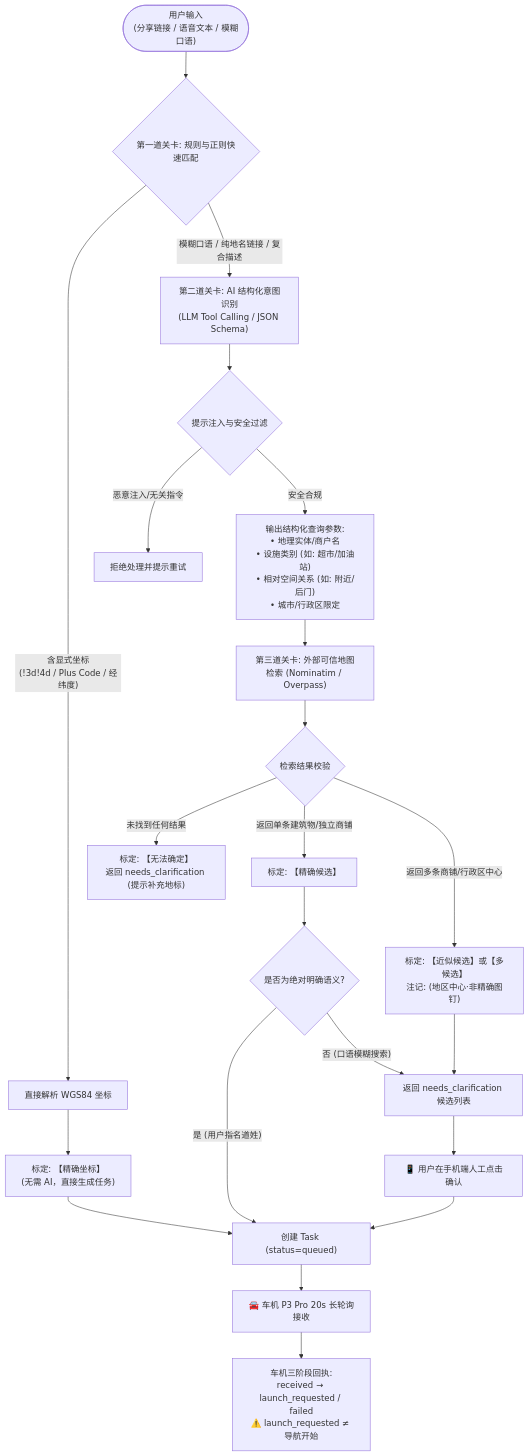
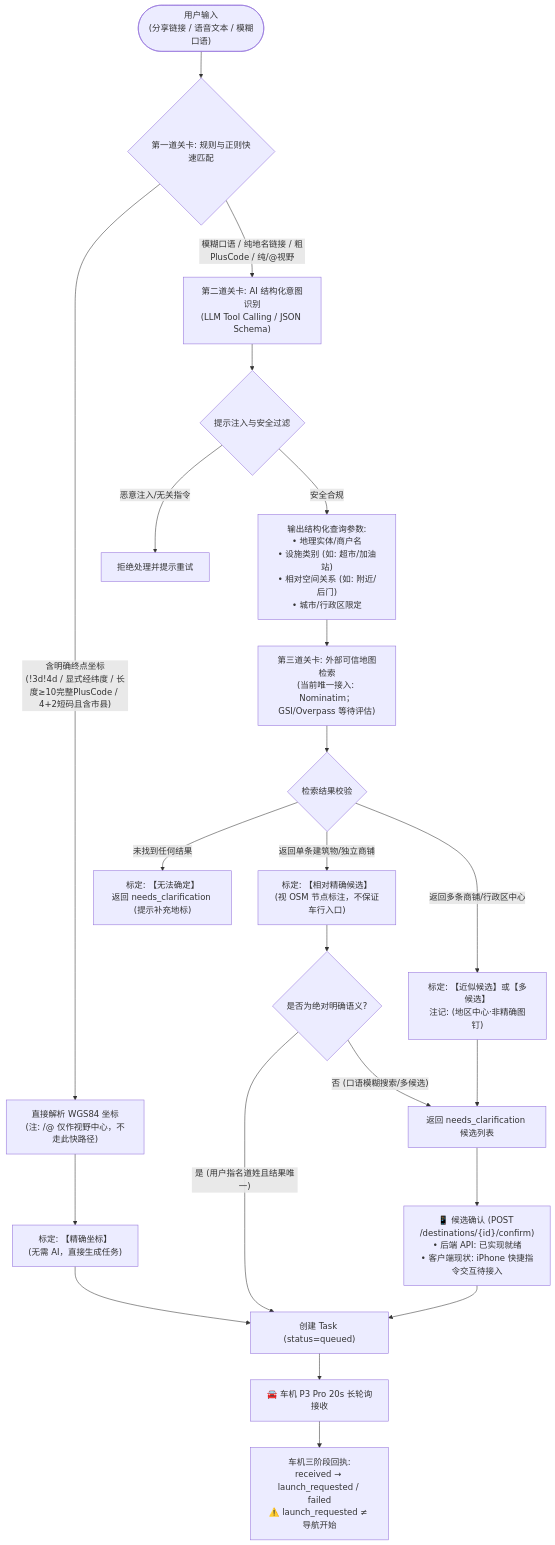
Before and after one commit to JamesXiaoMo/MyYaris-Backend: the diagram in docs/AI坐标解析可行性.md, drawn with Mermaid. The commit also changed other lines of this file and 1 other file, not shown here.

Commit message:
docs: revise evidence, precision disclaimers, Plus Code conditions and unbenchmarked metrics

````diff
--- a/docs/AI坐标解析可行性.md
+++ b/docs/AI坐标解析可行性.md
@@ -79,37 +84,37 @@
 ```mermaid
 flowchart TD
     UserInput(["用户输入<br/>(分享链接 / 语音文本 / 模糊口语)"]) --> RuleEngine{"第一道关卡: 规则与正则快速匹配"}
 
     %% 规则快路径
-    RuleEngine -->|"含显式坐标<br/>(!3d!4d / Plus Code / 经纬度)"| ExactRule["直接解析 WGS84 坐标"]
+    RuleEngine -->|"含明确终点坐标<br/>(!3d!4d / 显式经纬度 / 长度≥10完整PlusCode / 4+2短码且含市县)"| ExactRule["直接解析 WGS84 坐标<br/>(注: /@ 仅作视野中心，不走此快路径)"]
     ExactRule --> MarkExactDirect["标定: 【精确坐标】<br/>(无需 AI，直接生成任务)"]
     MarkExactDirect --> CreateTask["创建 Task (status=queued)"]
 
     %% 进入 AI 意图理解
-    RuleEngine -->|"模糊口语 / 纯地名链接 / 复合描述"| AIEngine["第二道关卡: AI 结构化意图识别<br/>(LLM Tool Calling / JSON Schema)"]
+    RuleEngine -->|"模糊口语 / 纯地名链接 / 粗PlusCode / 纯/@视野"| AIEngine["第二道关卡: AI 结构化意图识别<br/>(LLM Tool Calling / JSON Schema)"]
     
     AIEngine --> SafeCheck{"提示注入与安全过滤"}
     SafeCheck -->|"恶意注入/无关指令"| RejectInput["拒绝处理并提示重试"]
     SafeCheck -->|"安全合规"| ExtractParams["输出结构化查询参数:<br/>• 地理实体/商户名<br/>• 设施类别 (如: 超市/加油站)<br/>• 相对空间关系 (如: 附近/后门)<br/>• 城市/行政区限定"]
 
     %% 外部地图检索
-    ExtractParams --> MapQuery["第三道关卡: 外部可信地图检索 (Nominatim / Overpass)"]
+    ExtractParams --> MapQuery["第三道关卡: 外部可信地图检索<br/>(当前唯一接入: Nominatim；GSI/Overpass 等待评估)"]
     MapQuery --> MapResultCheck{"检索结果校验"}
 
     MapResultCheck -->|"未找到任何结果"| ReturnUndetermined["标定: 【无法确定】<br/>返回 needs_clarification (提示补充地标)"]
-    MapResultCheck -->|"返回单条建筑物/独立商铺"| SinglePOI["标定: 【精确候选】"]
+    MapResultCheck -->|"返回单条建筑物/独立商铺"| SinglePOI["标定: 【相对精确候选】<br/>(视 OSM 节点标注，不保证车行入口)"]
     MapResultCheck -->|"返回多条商铺/行政区中心"| MultiOrArea["标定: 【近似候选】或【多候选】<br/>注记: (地区中心·非精确图钉)"]
 
     %% 人工安全门
     SinglePOI --> UserVerify{"是否为绝对明确语义?"}
-    UserVerify -->|"是 (用户指名道姓)"| CreateTask
-    UserVerify -->|"否 (口语模糊搜索)"| ClarifyFlow["返回 needs_clarification 候选列表"]
+    UserVerify -->|"是 (用户指名道姓且结果唯一)"| CreateTask
+    UserVerify -->|"否 (口语模糊搜索/多候选)"| ClarifyFlow["返回 needs_clarification 候选列表"]
     MultiOrArea --> ClarifyFlow
 
-    ClarifyFlow --> UserConfirm["📱 用户在手机端人工点击确认"]
+    ClarifyFlow --> UserConfirm["📱 候选确认 (POST /destinations/{id}/confirm)<br/>• 后端 API: 已实现就绪<br/>• 客户端现状: iPhone 快捷指令交互待接入"]
     UserConfirm --> CreateTask
 
     %% 任务流转与车机
     CreateTask --> CarLongPoll["🚘 车机 P3 Pro 20s 长轮询接收"]
     CarLongPoll --> CarAck["车机三阶段回执:<br/>received → launch_requested / failed<br/>⚠️ launch_requested ≠ 导航开始"]
 ```
````
